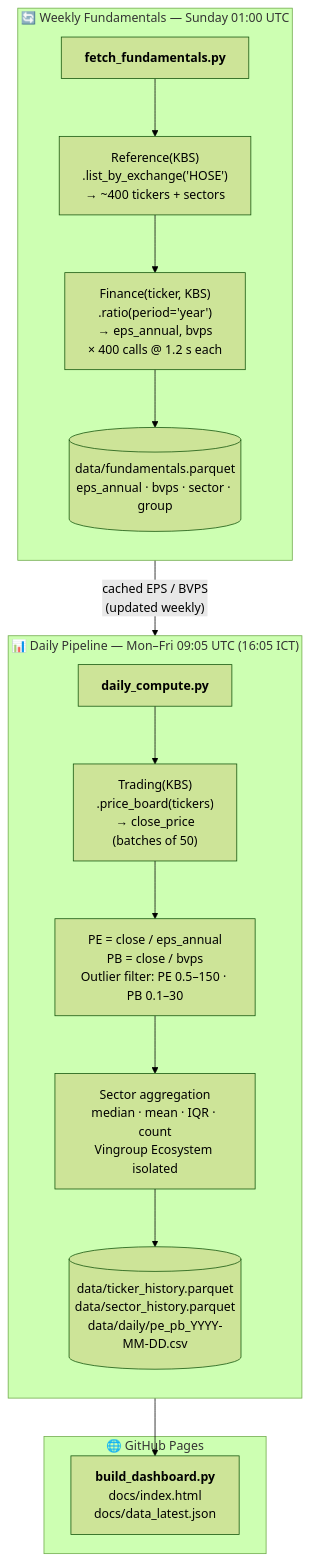
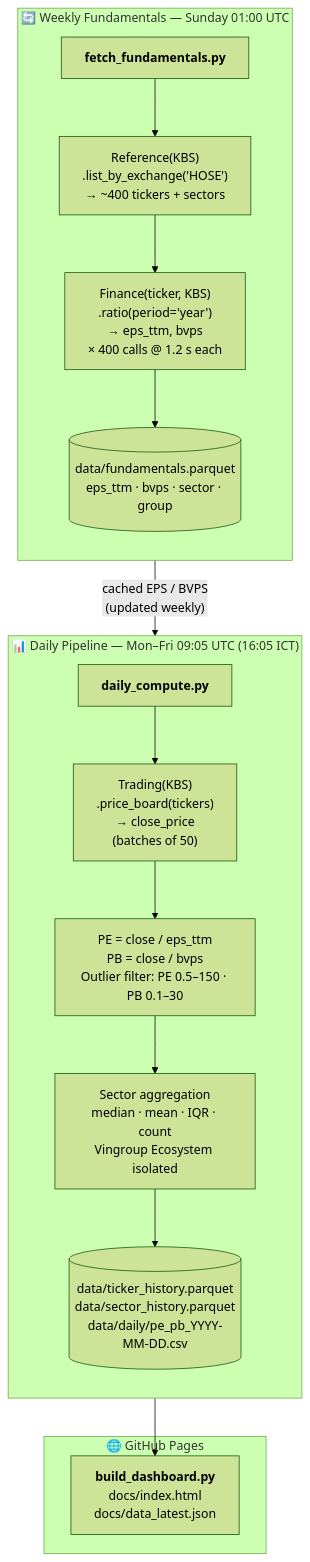
Before and after one commit to FTU-kudo/PE_PB_HOSE_stocks: the diagram in README.md, drawn with Mermaid (forest theme). The commit also changed other lines of this file, not shown here.

Commit message:
Docs: update eps_annual to eps_ttm in README.md

````diff
--- a/README.md
+++ b/README.md
@@ -13,28 +13,28 @@
 ```mermaid
 flowchart TD
     subgraph WEEKLY["🔄 Weekly Fundamentals — Sunday 01:00 UTC"]
         direction TB
         W1["<b>fetch_fundamentals.py</b>"]
         W2["Reference(KBS)\n.list_by_exchange('HOSE')\n→ ~400 tickers + sectors"]
-        W3["Finance(ticker, KBS)\n.ratio(period='year')\n→ eps_annual, bvps\n× 400 calls @ 1.2 s each"]
-        W4[("data/fundamentals.parquet\neps_annual · bvps · sector · group")]
+        W3["Finance(ticker, KBS)\n.ratio(period='year')\n→ eps_ttm, bvps\n× 400 calls @ 1.2 s each"]
+        W4[("data/fundamentals.parquet\neps_ttm · bvps · sector · group")]
         W1 --> W2 --> W3 --> W4
     end
 
     subgraph DAILY["📊 Daily Pipeline — Mon–Fri 09:05 UTC (16:05 ICT)"]
         direction TB
         D1["<b>daily_compute.py</b>"]
         D2["Trading(KBS)\n.price_board(tickers)\n→ close_price\n(batches of 50)"]
-        D3["PE = close / eps_annual\nPB = close / bvps\nOutlier filter: PE 0.5–150 · PB 0.1–30"]
+        D3["PE = close / eps_ttm\nPB = close / bvps\nOutlier filter: PE 0.5–150 · PB 0.1–30"]
         D4["Sector aggregation\nmedian · mean · IQR · count\nVingroup Ecosystem isolated"]
         D5[("data/ticker_history.parquet\ndata/sector_history.parquet\ndata/daily/pe_pb_YYYY-MM-DD.csv")]
         D1 --> D2 --> D3 --> D4 --> D5
     end
 
     subgraph DASH["🌐 GitHub Pages"]
         P["<b>build_dashboard.py</b>\ndocs/index.html\ndocs/data_latest.json"]
     end
 
     W4 -- "cached EPS / BVPS\n(updated weekly)" --> D3
     D5 --> P
 ```
````
